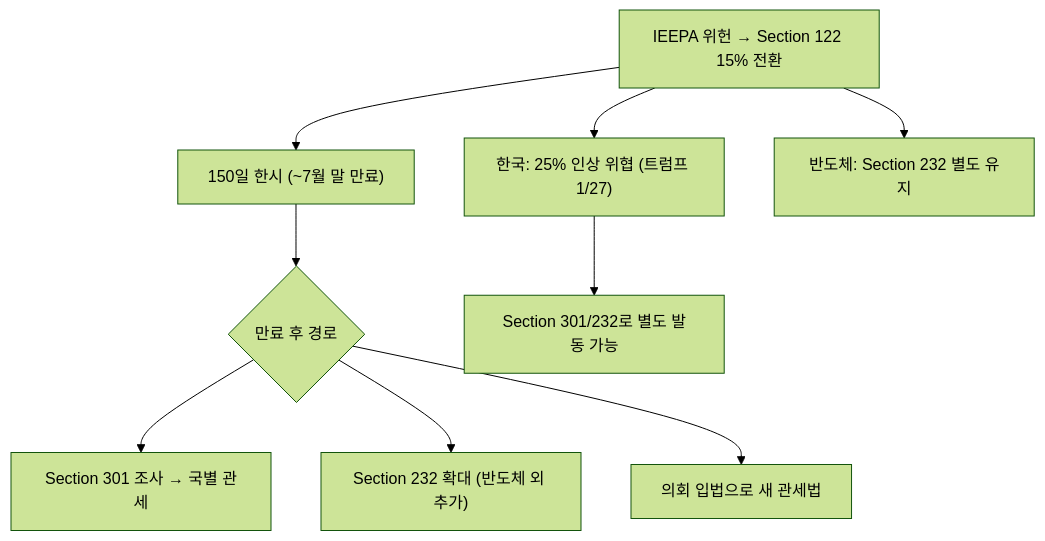
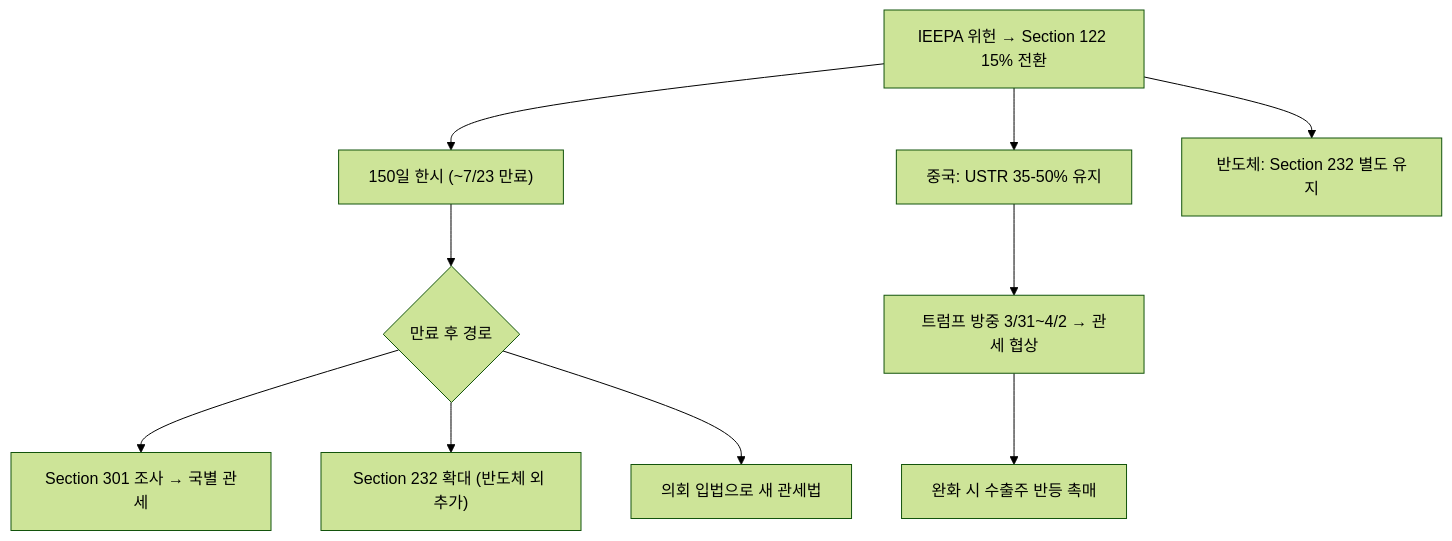
Before and after one commit to dss99911/dss99911.github.io: the second of 2 diagrams in _posts/knowledge/invest/2026-01-21-macroeconomic-policy-sector-outlook-2026.md, drawn with Mermaid (forest theme). The commit also changed other lines of this file and 14 other files, not shown here.

````diff
--- a/_posts/knowledge/invest/2026-01-21-macroeconomic-policy-sector-outlook-2026.md
+++ b/_posts/knowledge/invest/2026-01-21-macroeconomic-policy-sector-outlook-2026.md
@@ -267,11 +272,12 @@
 ```mermaid
 graph TD
-    A["IEEPA 위헌 → Section 122 15% 전환"] --> B["150일 한시 (~7월 말 만료)"]
+    A["IEEPA 위헌 → Section 122 15% 전환"] --> B["150일 한시 (~7/23 만료)"]
     B --> C{"만료 후 경로"}
     C --> D["Section 301 조사 → 국별 관세"]
     C --> E["Section 232 확대 (반도체 외 추가)"]
     C --> F["의회 입법으로 새 관세법"]
-    A --> G["한국: 25% 인상 위협 (트럼프 1/27)"]
-    G --> H["Section 301/232로 별도 발동 가능"]
-    A --> I["반도체: Section 232 별도 유지"]
+    A --> G["중국: USTR 35-50% 유지"]
+    G --> H["트럼프 방중 3/31~4/2 → 관세 협상"]
+    H --> I["완화 시 수출주 반등 촉매"]
+    A --> J["반도체: Section 232 별도 유지"]
 ```
````
